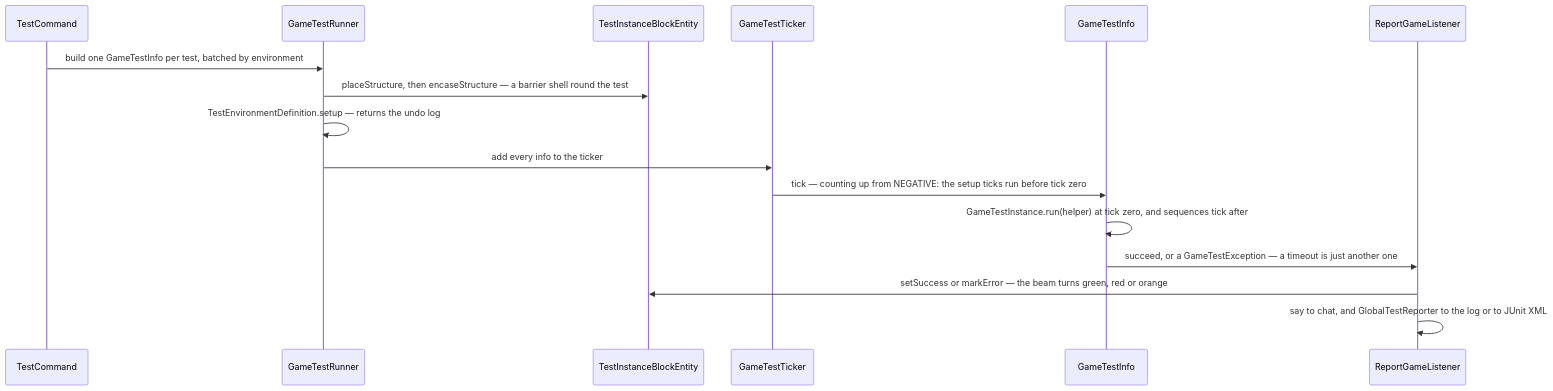
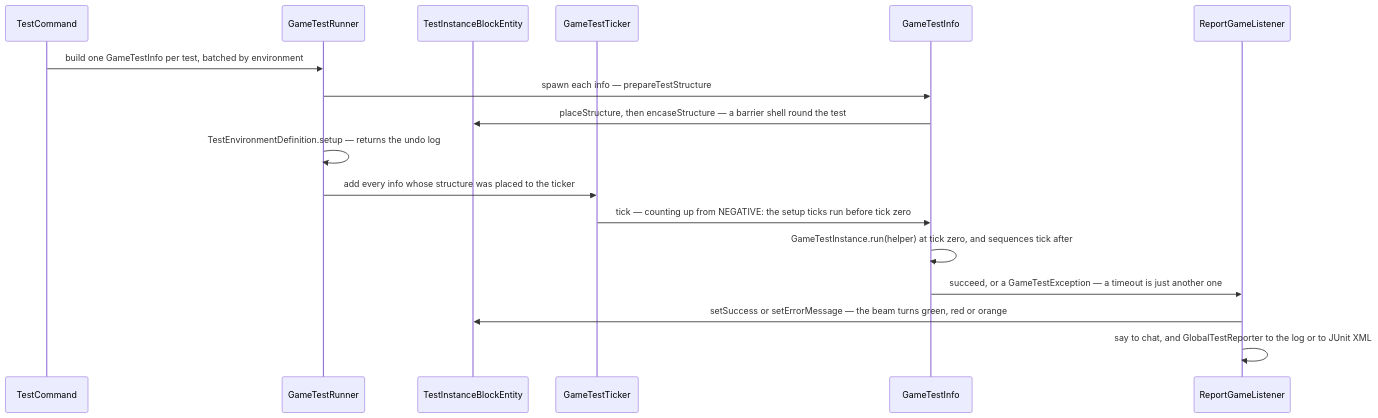
One commit to AlexanderjFraser/MinecraftDocs changed the second of 2 diagrams in src/systems/commands/game-tests.md. Above: the diagram before and after it, drawn with Mermaid. The commit also changed other lines of this file and 2 other files, not shown here.

````diff
--- a/src/systems/commands/game-tests.md
+++ b/src/systems/commands/game-tests.md
@@ -86,19 +86,20 @@
 ```mermaid
 sequenceDiagram
     participant TC as TestCommand
     participant GTR as GameTestRunner
     participant TIB as TestInstanceBlockEntity
     participant GTT as GameTestTicker
     participant GI as GameTestInfo
     participant RGL as ReportGameListener
 
     TC->>GTR: build one GameTestInfo per test, batched by environment
-    GTR->>TIB: placeStructure, then encaseStructure — a barrier shell round the test
+    GTR->>GI: spawn each info — prepareTestStructure
+    GI->>TIB: placeStructure, then encaseStructure — a barrier shell round the test
     GTR->>GTR: TestEnvironmentDefinition.setup — returns the undo log
-    GTR->>GTT: add every info to the ticker
+    GTR->>GTT: add every info whose structure was placed to the ticker
     GTT->>GI: tick — counting up from NEGATIVE: the setup ticks run before tick zero
     GI->>GI: GameTestInstance.run(helper) at tick zero, and sequences tick after
     GI->>RGL: succeed, or a GameTestException — a timeout is just another one
-    RGL->>TIB: setSuccess or markError — the beam turns green, red or orange
+    RGL->>TIB: setSuccess or setErrorMessage — the beam turns green, red or orange
     RGL->>RGL: say to chat, and GlobalTestReporter to the log or to JUnit XML
 ```
````
